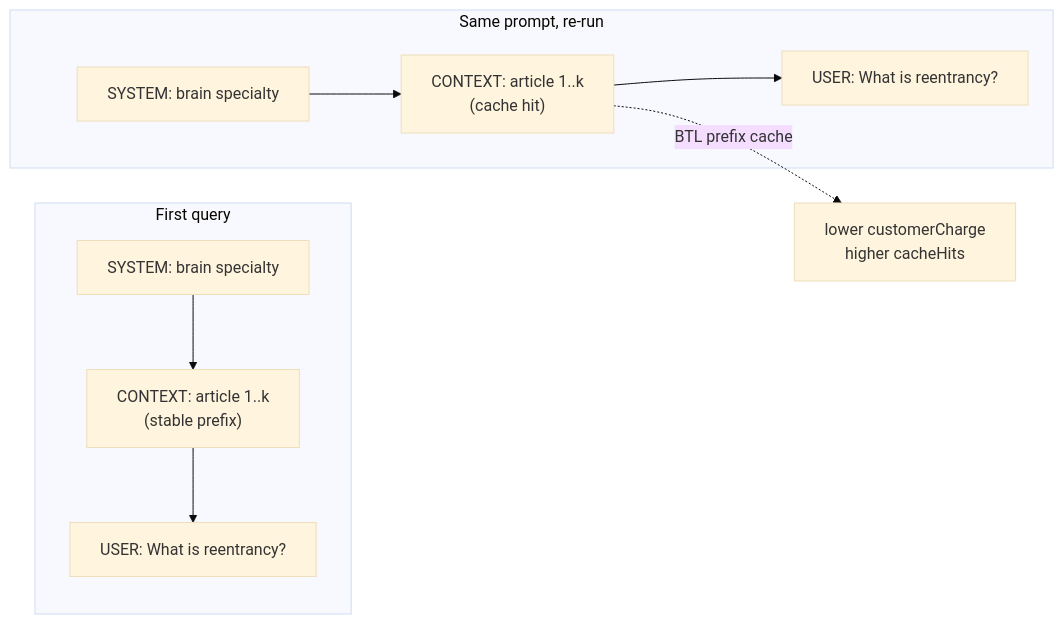
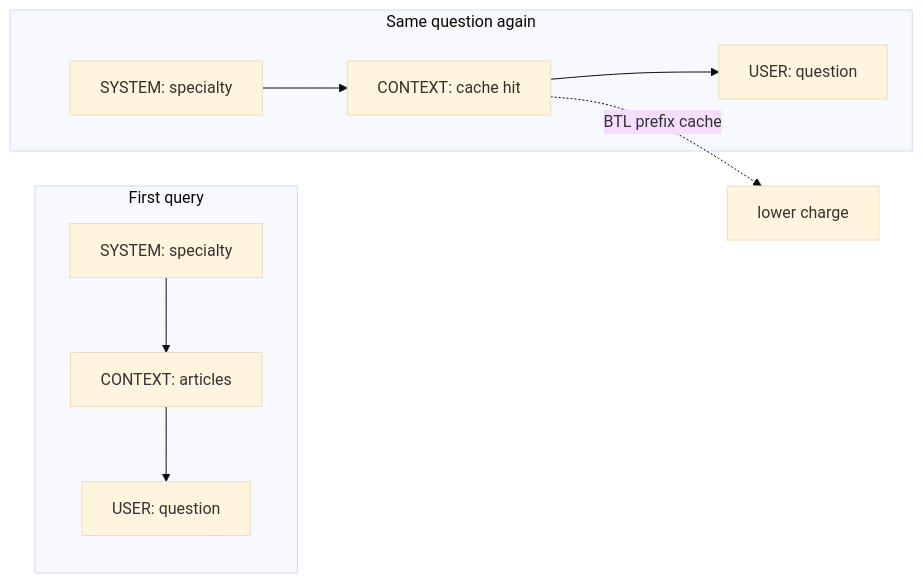
The fourth of 4 diagrams in README.md (arko05roy/Icaruz), drawn with Mermaid (base theme) before and after one commit. The commit also changed other lines of this file and 26 other files, not shown here.

````diff
--- a/README.md
+++ b/README.md
@@ -104,19 +146,18 @@
 ```mermaid
 flowchart LR
     subgraph Call1["First query"]
-        P1["SYSTEM: brain specialty"]
-        C1["CONTEXT: article 1..k<br/>(stable prefix)"]
-        Q1["USER: What is reentrancy?"]
+        P1["SYSTEM: specialty"]
+        C1["CONTEXT: articles"]
+        Q1["USER: question"]
     end
 
-    subgraph Call2["Same prompt, re-run"]
-        P2["SYSTEM: brain specialty"]
-        C2["CONTEXT: article 1..k<br/>(cache hit)"]
-        Q2["USER: What is reentrancy?"]
+    subgraph Call2["Same question again"]
+        P2["SYSTEM: specialty"]
+        C2["CONTEXT: cache hit"]
+        Q2["USER: question"]
     end
 
     P1 --> C1 --> Q1
     P2 --> C2 --> Q2
-
-    C2 -.->|"BTL prefix cache"| HIT["lower customerCharge<br/>higher cacheHits"]
+    C2 -.->|BTL prefix cache| HIT["lower charge"]
 ```
````
